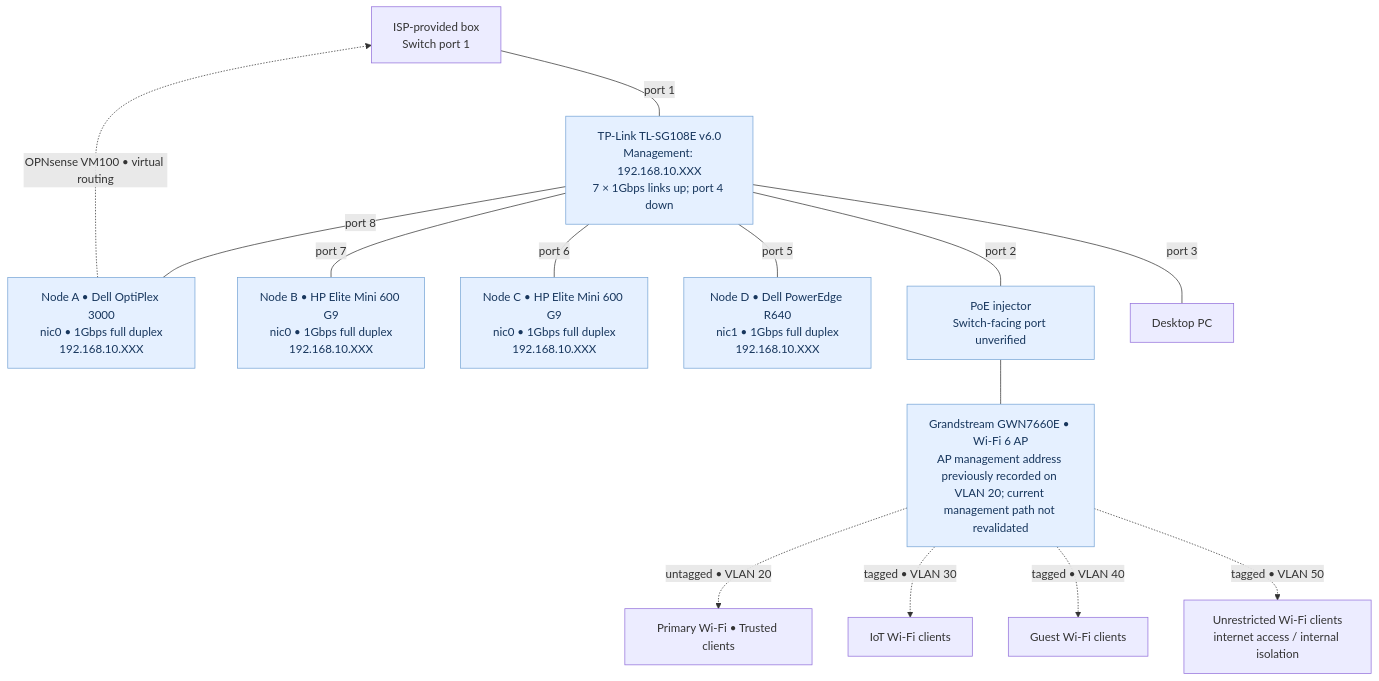
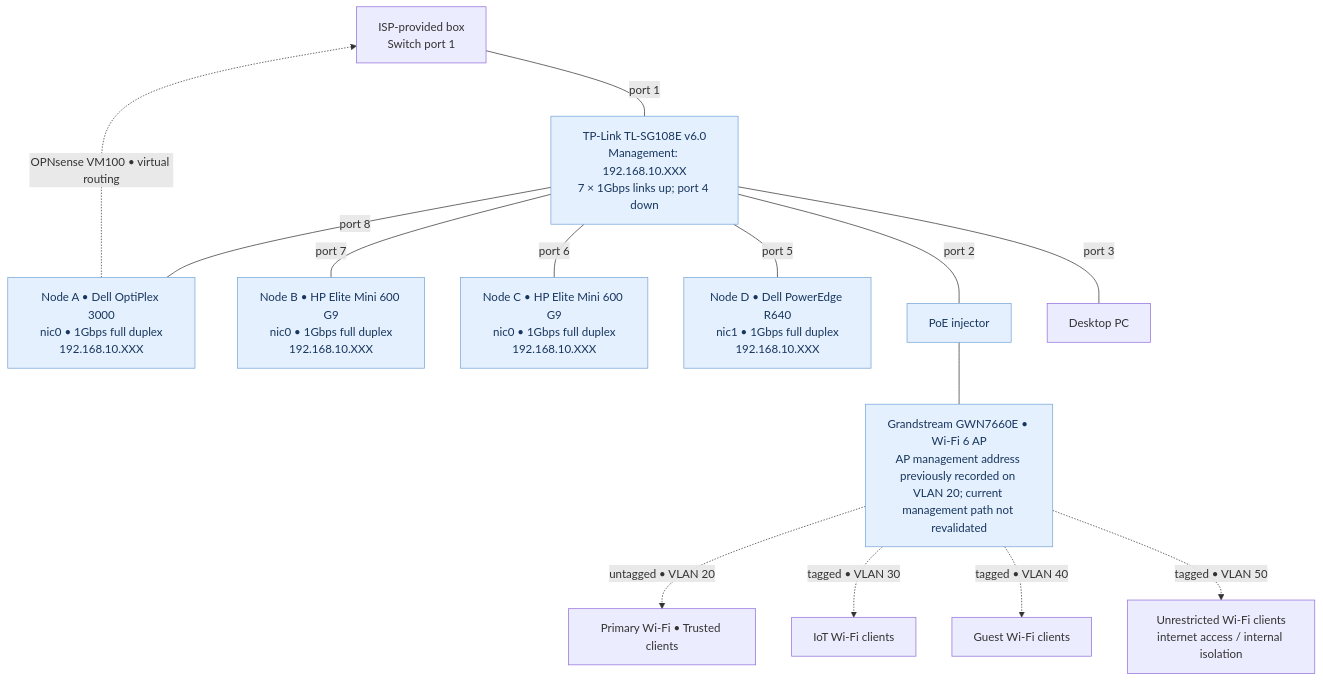
Before and after one commit to samuelkemp1619/HOMELAB-PORTFOLIO: the second of 3 diagrams in network/diagrams/README.md, drawn with Mermaid. The commit also changed other lines of this file, not shown here.

Commit message:
Remove outdated future-project notes and correct verified AP port label

````diff
--- a/network/diagrams/README.md
+++ b/network/diagrams/README.md
@@ -60,20 +60,20 @@
 ```mermaid
 flowchart TB
     GW["ISP-provided box<br/>Switch port 1"]
     SW["TP-Link TL-SG108E v6.0<br/>Management: 192.168.10.XXX<br/>7 × 1Gbps links up; port 4 down"]
     GW ---|"port 1"| SW
     SW ---|"port 8"| H1["Node A • Dell OptiPlex 3000<br/>nic0 • 1Gbps full duplex<br/>192.168.10.XXX"]
     SW ---|"port 7"| H2["Node B • HP Elite Mini 600 G9<br/>nic0 • 1Gbps full duplex<br/>192.168.10.XXX"]
     SW ---|"port 6"| H3["Node C • HP Elite Mini 600 G9<br/>nic0 • 1Gbps full duplex<br/>192.168.10.XXX"]
     SW ---|"port 5"| H4["Node D • Dell PowerEdge R640<br/>nic1 • 1Gbps full duplex<br/>192.168.10.XXX"]
-    SW ---|"port 2"| POE["PoE injector<br/>Switch-facing port unverified"]
+    SW ---|"port 2"| POE["PoE injector"]
     POE --- AP["Grandstream GWN7660E • Wi-Fi 6 AP<br/>AP management address previously recorded on VLAN 20; current management path not revalidated"]
     AP -. "untagged • VLAN 20" .-> PRIMARYCLIENT["Primary Wi-Fi • Trusted clients"]
     AP -. "tagged • VLAN 30" .-> IOTCLIENT["IoT Wi-Fi clients"]
     AP -. "tagged • VLAN 40" .-> GUESTCLIENT["Guest Wi-Fi clients"]
     AP -. "tagged • VLAN 50" .-> WIFI["Unrestricted Wi-Fi clients<br/>internet access / internal isolation"]
     SW ---|"port 3"| DESKTOP["Desktop PC"]
     H1 -. "OPNsense VM100 • virtual routing" .-> GW
     classDef device fill:#e5f0ff,color:#17365d,stroke:#77a5d6
     class SW,H1,H2,H3,H4,POE,AP device
 ```
````
